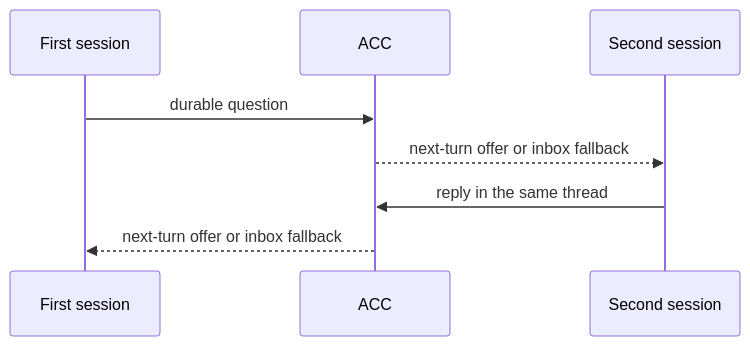
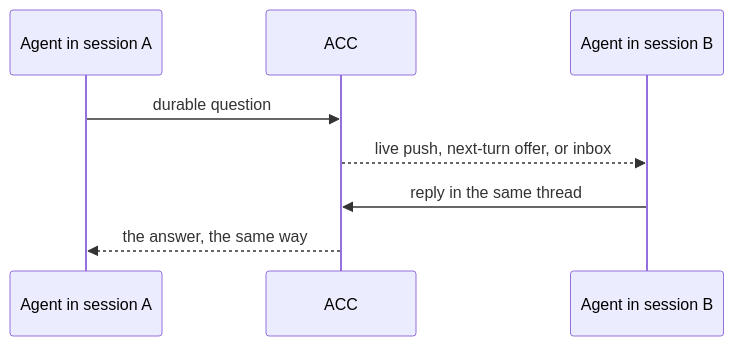
The diagram in docs/GETTING_STARTED.md (automatis-tools/agents-can-communicate), drawn with Mermaid before and after one commit. The commit also changed other lines of this file and 1 other file, not shown here.

````diff
--- a/docs/GETTING_STARTED.md
+++ b/docs/GETTING_STARTED.md
@@ -8,10 +7,10 @@
 ```mermaid
 sequenceDiagram
-  participant A as First session
+  participant A as Agent in session A
   participant ACC
-  participant B as Second session
+  participant B as Agent in session B
   A->>ACC: durable question
-  ACC-->>B: next-turn offer or inbox fallback
+  ACC-->>B: live push, next-turn offer, or inbox
   B->>ACC: reply in the same thread
-  ACC-->>A: next-turn offer or inbox fallback
+  ACC-->>A: the answer, the same way
 ```
````
